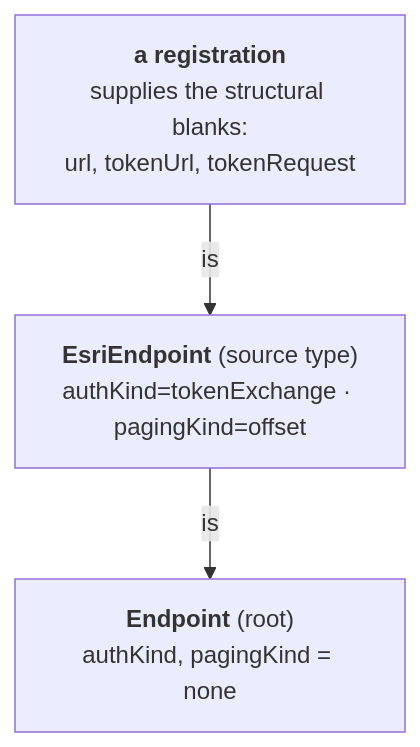
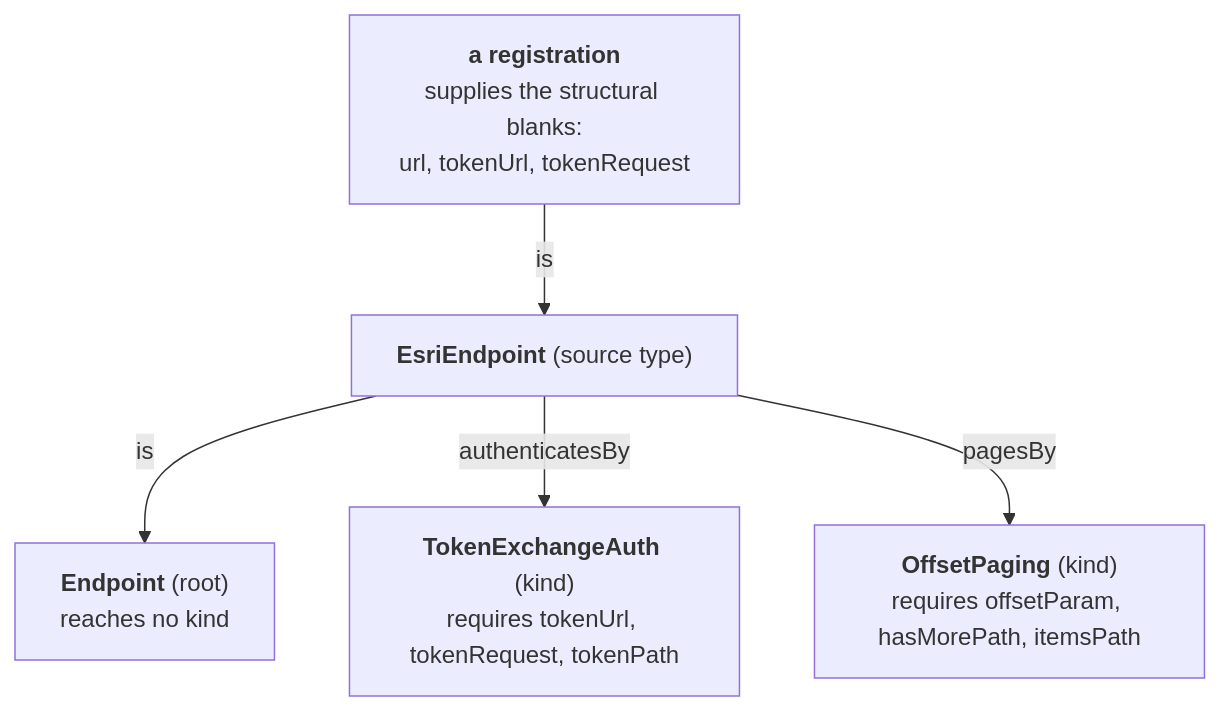
Before and after one commit to ReGen-Villages/VillageOS-API: the diagram in docs/DELTA.md, drawn with Mermaid. The commit also changed other lines of this file and 8 other files, not shown here.

````diff
--- a/docs/DELTA.md
+++ b/docs/DELTA.md
@@ -27,7 +27,11 @@
 ```mermaid
 flowchart TB
-    Endpoint["<b>Endpoint</b> (root)<br/>authKind, pagingKind = none"]
-    Esri["<b>EsriEndpoint</b> (source type)<br/>authKind=tokenExchange · pagingKind=offset"]
+    Endpoint["<b>Endpoint</b> (root)<br/>reaches no kind"]
+    Esri["<b>EsriEndpoint</b> (source type)"]
     Reg["<b>a registration</b><br/>supplies the structural blanks:<br/>url, tokenUrl, tokenRequest"]
+    Auth["<b>TokenExchangeAuth</b> (kind)<br/>requires tokenUrl, tokenRequest, tokenPath"]
+    Page["<b>OffsetPaging</b> (kind)<br/>requires offsetParam, hasMorePath, itemsPath"]
     Reg -->|is| Esri -->|is| Endpoint
+    Esri -->|authenticatesBy| Auth
+    Esri -->|pagesBy| Page
 ```
````
